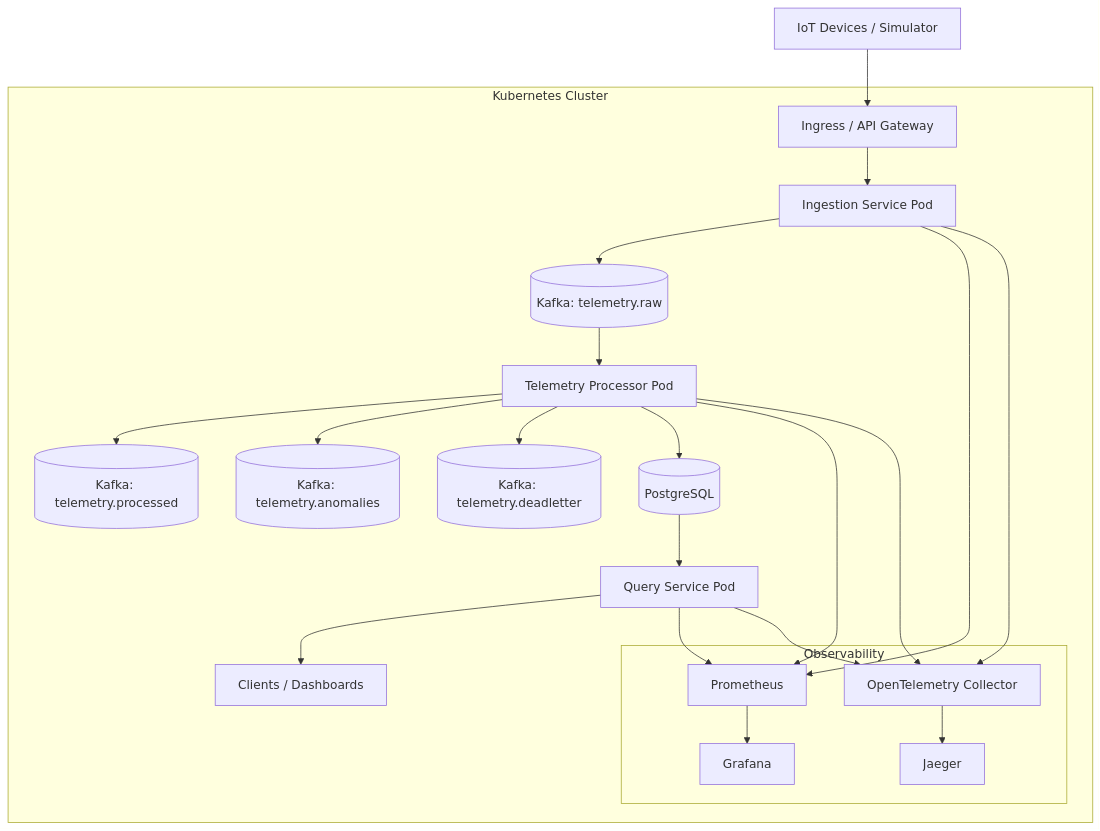
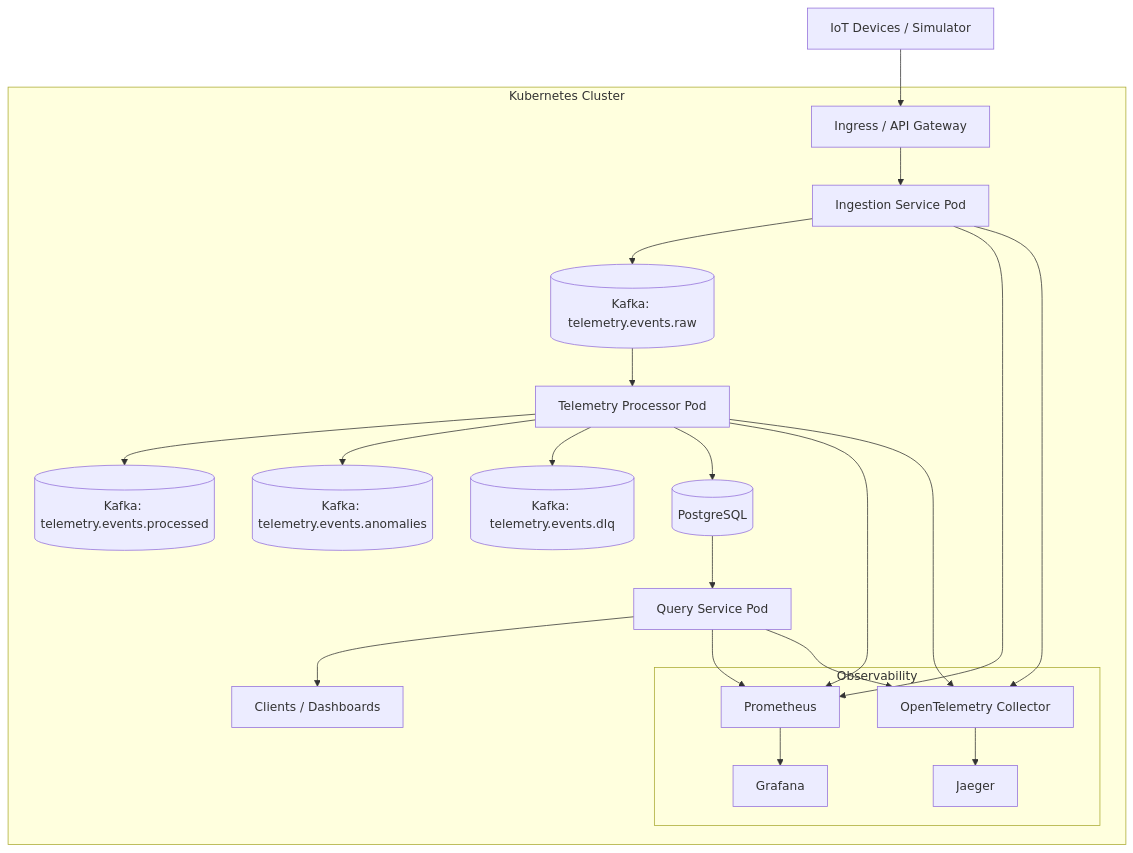
Before and after one commit to ME-Massine/pulsestream: the diagram in docs/diagrams/kubernetes-deployment.md, drawn with Mermaid. The commit also changed 4 other files, not shown here.

Commit message:
docs: align diagrams with Kafka topic naming and fix diagram references (#57)

````diff
--- a/docs/diagrams/kubernetes-deployment.md
+++ b/docs/diagrams/kubernetes-deployment.md
@@ -5,37 +5,37 @@
 ```mermaid
 flowchart TB
     U[IoT Devices / Simulator] --> I[Ingress / API Gateway]
 
     subgraph Kubernetes Cluster
         I --> S1[Ingestion Service Pod]
-        S1 --> K1[(Kafka: telemetry.raw)]
+        S1 --> K1[(Kafka: telemetry.events.raw)]
 
         K1 --> S2[Telemetry Processor Pod]
-        S2 --> K2[(Kafka: telemetry.processed)]
-        S2 --> K3[(Kafka: telemetry.anomalies)]
-        S2 --> K4[(Kafka: telemetry.deadletter)]
+        S2 --> K2[(Kafka: telemetry.events.processed)]
+        S2 --> K3[(Kafka: telemetry.events.anomalies)]
+        S2 --> K4[(Kafka: telemetry.events.dlq)]
 
         S2 --> DB[(PostgreSQL)]
 
         DB --> S3[Query Service Pod]
         S3 --> C[Clients / Dashboards]
 
         subgraph Observability
             P[Prometheus]
             G[Grafana]
             O[OpenTelemetry Collector]
             J[Jaeger]
         end
 
         S1 --> P
         S2 --> P
         S3 --> P
 
         S1 --> O
         S2 --> O
         S3 --> O
 
         P --> G
         O --> J
     end
 ```
````
